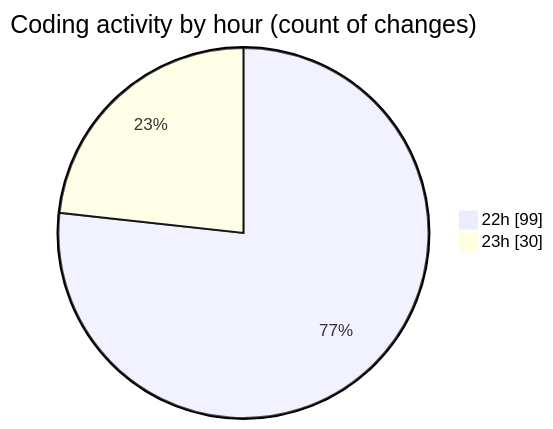
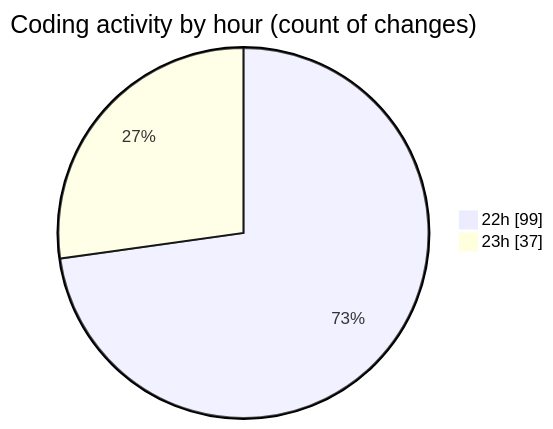
One commit to Ritupan-Deka/code-tracking changed the second of 2 diagrams in 2026-01-10/dsa/README.md. Above: the diagram before and after it, drawn with Mermaid. The commit also changed other lines of this file and 1 other file, not shown here.

````diff
--- a/2026-01-10/dsa/README.md
+++ b/2026-01-10/dsa/README.md
@@ -30,6 +30,6 @@
 ```mermaid
 pie showData
 title Coding activity by hour (count of changes)
 "22h" : 99
-"23h" : 30
+"23h" : 37
 ```
````
